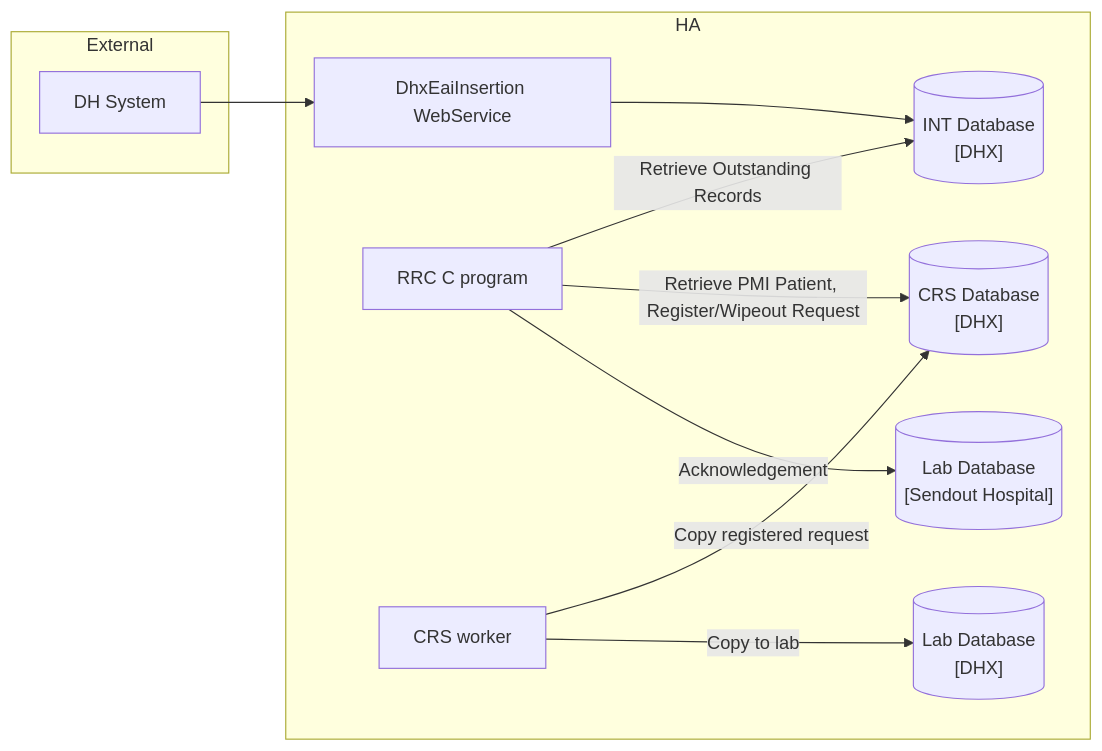
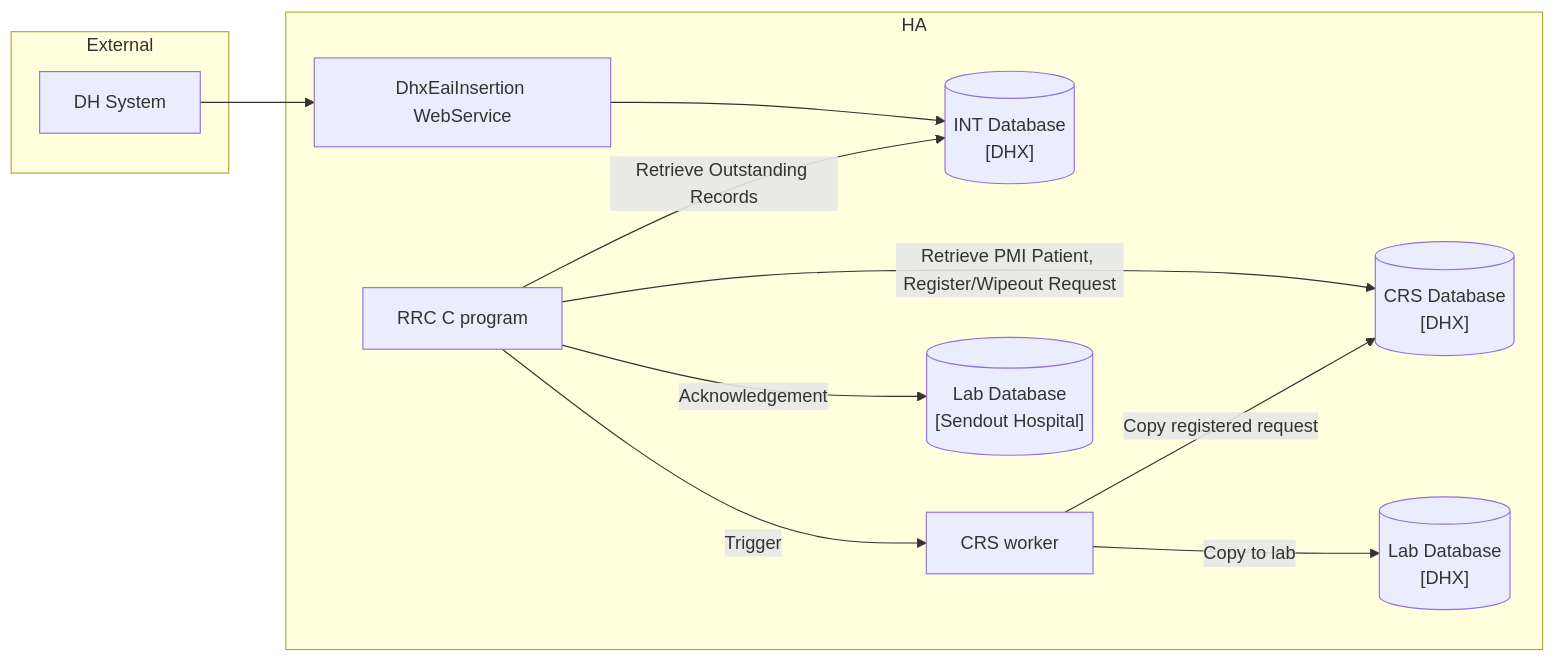
The second of 4 diagrams in LIS/JIRA/Develop cloud application `lis-dhx-rrc-svc` to replace the legacy RRC worker and support dynamic Sybase-PostgreSQL database connectivity during DB migration.md (DragonChong/HA-Notes), drawn with Mermaid before and after one commit.

Commit message:
vault backup: 2026-07-22 11:19:04

````diff
--- a/LIS/JIRA/Develop cloud application `lis-dhx-rrc-svc` to replace the legacy RRC worker and support dynamic Sybase-PostgreSQL database connectivity during DB migration.md
+++ b/LIS/JIRA/Develop cloud application `lis-dhx-rrc-svc` to replace the legacy RRC worker and support dynamic Sybase-PostgreSQL database connectivity during DB migration.md
@@ -139,21 +139,22 @@
 ```mermaid
 flowchart LR
     subgraph External["External"]
         DH["DH System"]
     end
     subgraph HA["HA"]
         WS["DhxEaiInsertion WebService"]
         INT_DB[("INT Database<br>[DHX]")]
         C_RRC["RRC C program"]
         CRS_DB[("CRS Database<br>[DHX]")]
         CRS_W["CRS worker"]
         LAB_DB[("Lab Database<br>[DHX]")]
         HOSP_DB[("Lab Database<br>[Sendout Hospital]")]
     end
     DH --> WS --> INT_DB
     C_RRC -- Retrieve Outstanding Records --> INT_DB
     C_RRC -- Retrieve PMI Patient, Register/Wipeout Request--> CRS_DB
     CRS_W -- Copy registered request --> CRS_DB
     CRS_W -- Copy to lab --> LAB_DB
     C_RRC -- Acknowledgement--> HOSP_DB
+    C_RRC -- Trigger --> CRS_W
 ```
````
